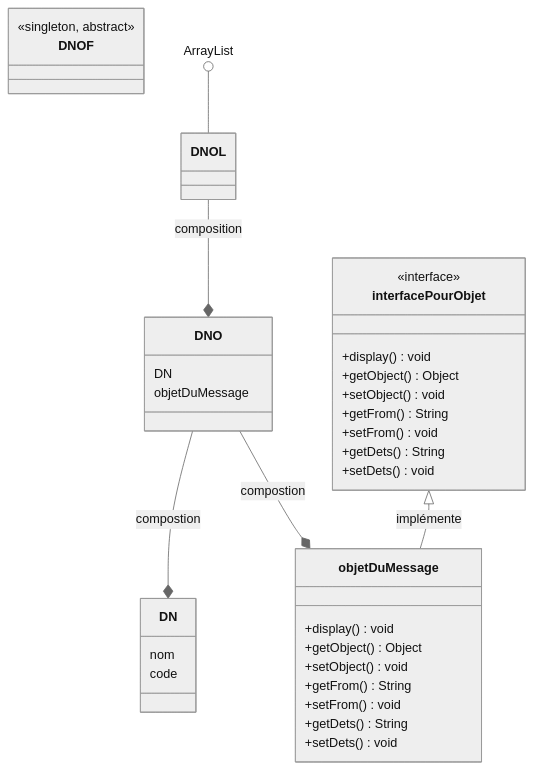
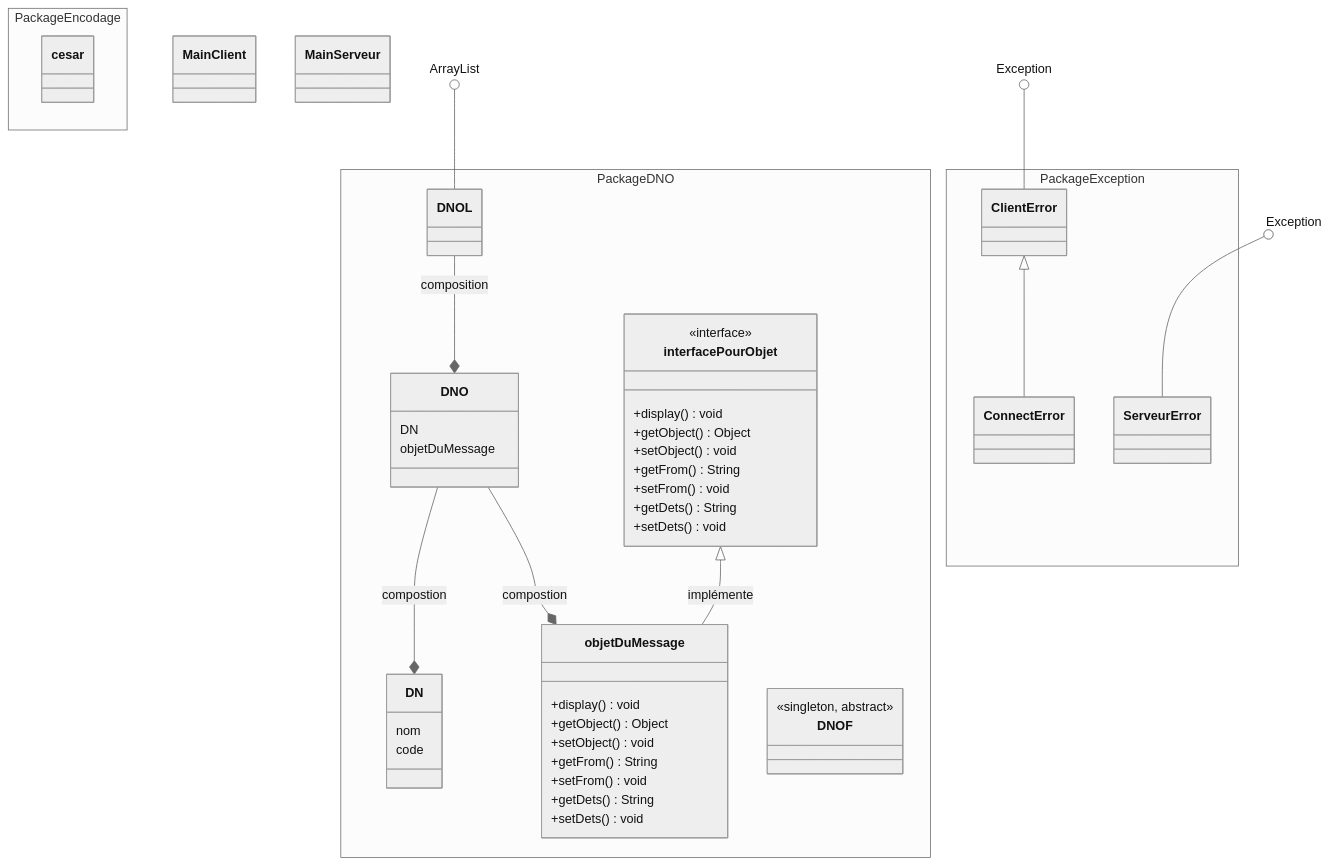
The diagram in L2/Java/Projet/todo.md (strakss3/cours-CERI), drawn with Mermaid (neutral theme) before and after one commit. The commit also changed other lines of this file and 4 other files, not shown here.

````diff
--- a/L2/Java/Projet/todo.md
+++ b/L2/Java/Projet/todo.md
@@ -6,52 +8,76 @@
 ```mermaid
 classDiagram
 
 %% + Public
 %% - Private
 %%  # Protected
 %%  ~ Package/Internal
 
 DNO --* DN : compostion
 DNO --* objetDuMessage : compostion
 interfacePourObjet <|-- objetDuMessage: implémente
 ArrayList ()-- DNOL
 DNOL --* DNO : composition
 
-class interfacePourObjet {
-    <<interface>>
-    +display() void
-    +getObject() Object
-    +setObject() void
-    +getFrom() String
-    +setFrom() void
-    +getDets() String
-    +setDets() void
+namespace Package DNO {
+    class interfacePourObjet {
+        <<interface>>
+        +display() void
+        +getObject() Object
+        +setObject() void
+        +getFrom() String
+        +setFrom() void
+        +getDets() String
+        +setDets() void
+    }
+
+    class DNO {
+        DN
+        objetDuMessage
+    }
+
+    class DN {
+        nom
+        code
+    }
+
+    class objetDuMessage {
+        +display() void
+        +getObject() Object
+        +setObject() void
+        +getFrom() String
+        +setFrom() void
+        +getDets() String
+        +setDets() void
+    }
+
+    class DNOF {
+        <<singleton, abstract>>
+    }
+
+    class DNOL
 }
 
-class DNO {
-    DN
-    objetDuMessage
+
+ClientError <|-- ConnectError
+Exception ()-- ClientError
+Exception ()-- ServeurError
+
+namespace Package Exception {
+    
+    class ClientError
+    class ConnectError
+    class ServeurError
+    %% Supprimer un objet que l'on a pas créé
+    %% Ajouter un fichier qui n'existe pas
+    %% 
 }
 
-class DN {
-    nom
-    code
+namespace Package Encodage {
+    class cesar
 }
 
-class objetDuMessage {
-    +display() void
-    +getObject() Object
-    +setObject() void
-    +getFrom() String
-    +setFrom() void
-    +getDets() String
-    +setDets() void
-}
-
-class DNOF {
-    <<singleton, abstract>>
-}
-
-class DNOL
+class MainClient
+class MainServeur
 
 ```
````
